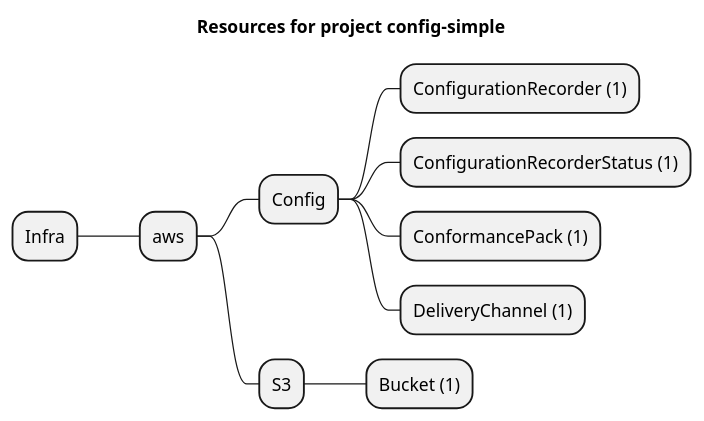
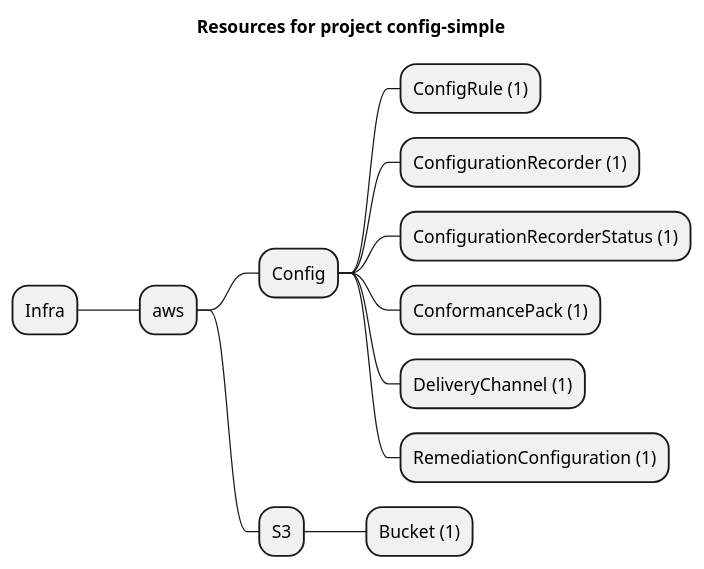
The diagram in examples/aws/Config/config-simple/artifacts/resources-mindmap.puml (grucloud/grucloud), drawn with PlantUML before and after one commit. The commit also changed 10 other files, not shown here.

Commit message:
ConfigRemediationConfiguration

```diff
--- a/examples/aws/Config/config-simple/artifacts/resources-mindmap.puml
+++ b/examples/aws/Config/config-simple/artifacts/resources-mindmap.puml
@@ -1,13 +1,15 @@
 @startmindmap
 title Resources for project config-simple
 skinparam monochrome true
 + Infra
 ++ aws
 +++ Config
+++++ ConfigRule (1)
 ++++ ConfigurationRecorder (1)
 ++++ ConfigurationRecorderStatus (1)
 ++++ ConformancePack (1)
 ++++ DeliveryChannel (1)
+++++ RemediationConfiguration (1)
 +++ S3
 ++++ Bucket (1)
 @endmindmap
```
